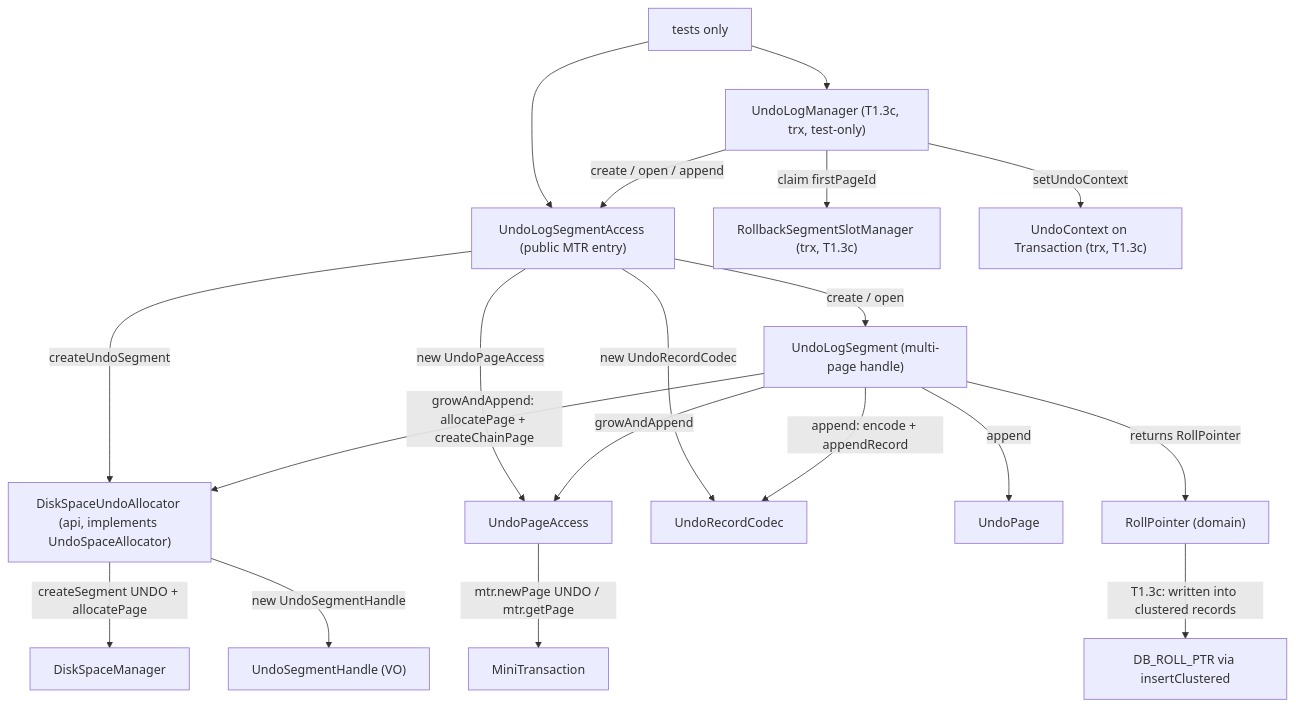
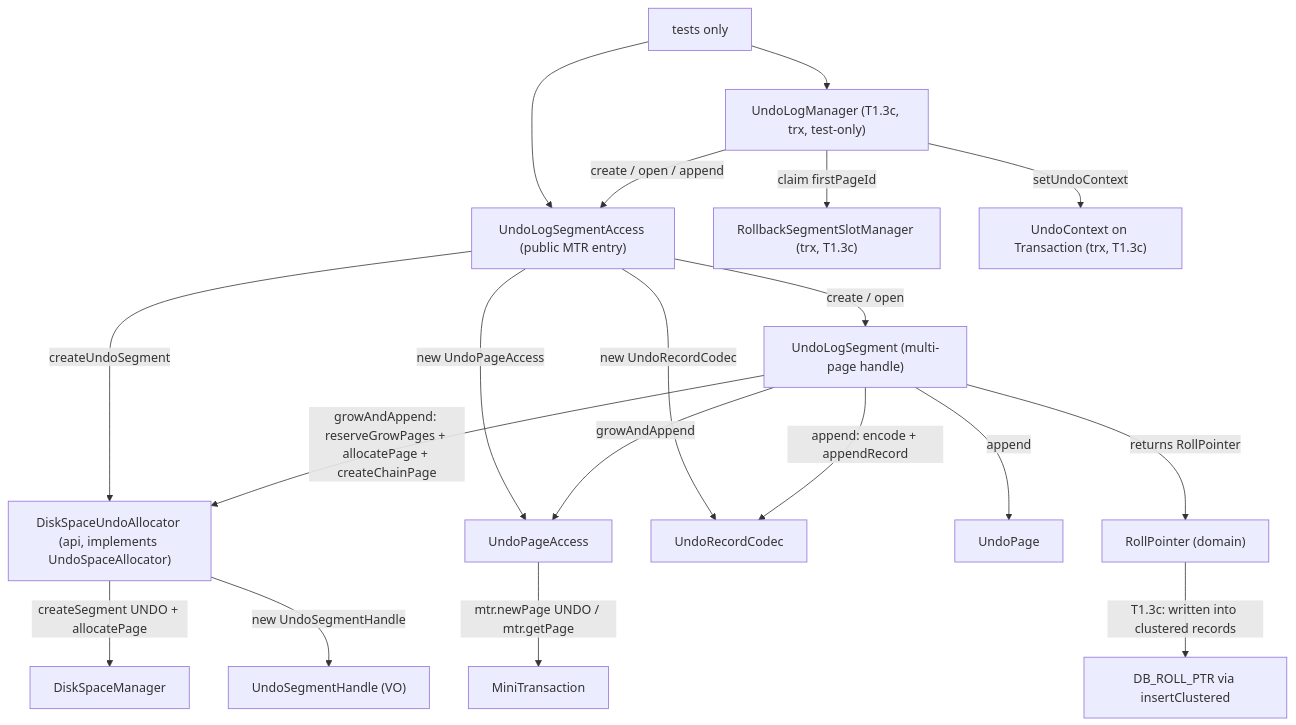
Before and after one commit to mywnlb/dbtest: the ninth of 9 diagrams in docs/design/current-implementation-map.md, drawn with Mermaid. The commit also changed other lines of this file and 118 other files, not shown here.

````diff
--- a/docs/design/current-implementation-map.md
+++ b/docs/design/current-implementation-map.md
@@ -424,21 +448,21 @@
 ```mermaid
 flowchart TD
   Tests["tests only"] --> Access["UndoLogSegmentAccess (public MTR entry)"]
   Tests --> UndoMgr["UndoLogManager (T1.3c, trx, test-only)"]
   UndoMgr -->|create / open / append| Access
   Access -->|create / open| Segment["UndoLogSegment (multi-page handle)"]
   Access -->|createUndoSegment| Adapter["DiskSpaceUndoAllocator (api, implements UndoSpaceAllocator)"]
   Adapter -->|createSegment UNDO + allocatePage| DSM["DiskSpaceManager"]
   Adapter -->|new UndoSegmentHandle| Handle["UndoSegmentHandle (VO)"]
   Access -->|new UndoPageAccess| PageAccess["UndoPageAccess"]
   Access -->|new UndoRecordCodec| Codec["UndoRecordCodec"]
   Segment -->|append: encode + appendRecord| Codec
   Segment -->|append| Page["UndoPage"]
-  Segment -->|growAndAppend: allocatePage + createChainPage| Adapter
+  Segment -->|growAndAppend: reserveGrowPages + allocatePage + createChainPage| Adapter
   Segment -->|growAndAppend| PageAccess
   PageAccess -->|mtr.newPage UNDO / mtr.getPage| Mtr["MiniTransaction"]
   Segment -->|returns RollPointer| RP["RollPointer (domain)"]
   RP -->|T1.3c: written into clustered records| Clustered["DB_ROLL_PTR via insertClustered"]
   UndoMgr -->|claim firstPageId| Slots["RollbackSegmentSlotManager (trx, T1.3c)"]
   UndoMgr -->|setUndoContext| TxnCtx["UndoContext on Transaction (trx, T1.3c)"]
 ```
````
